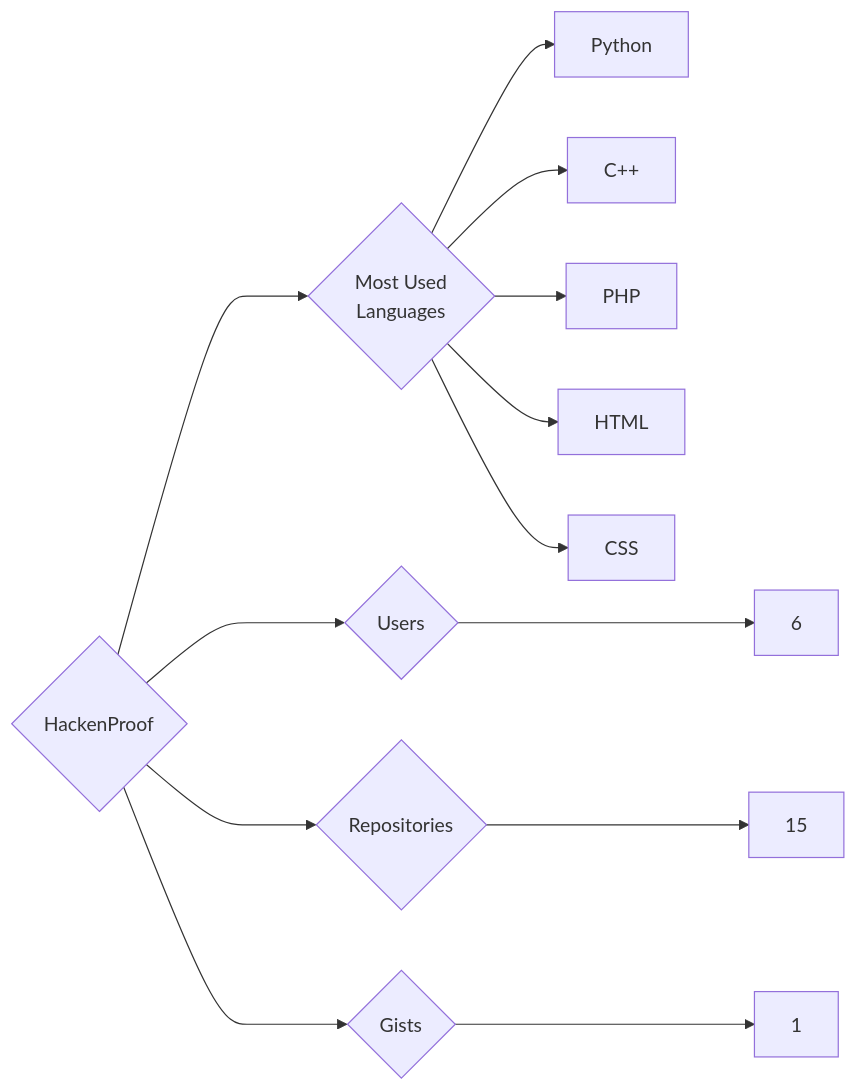
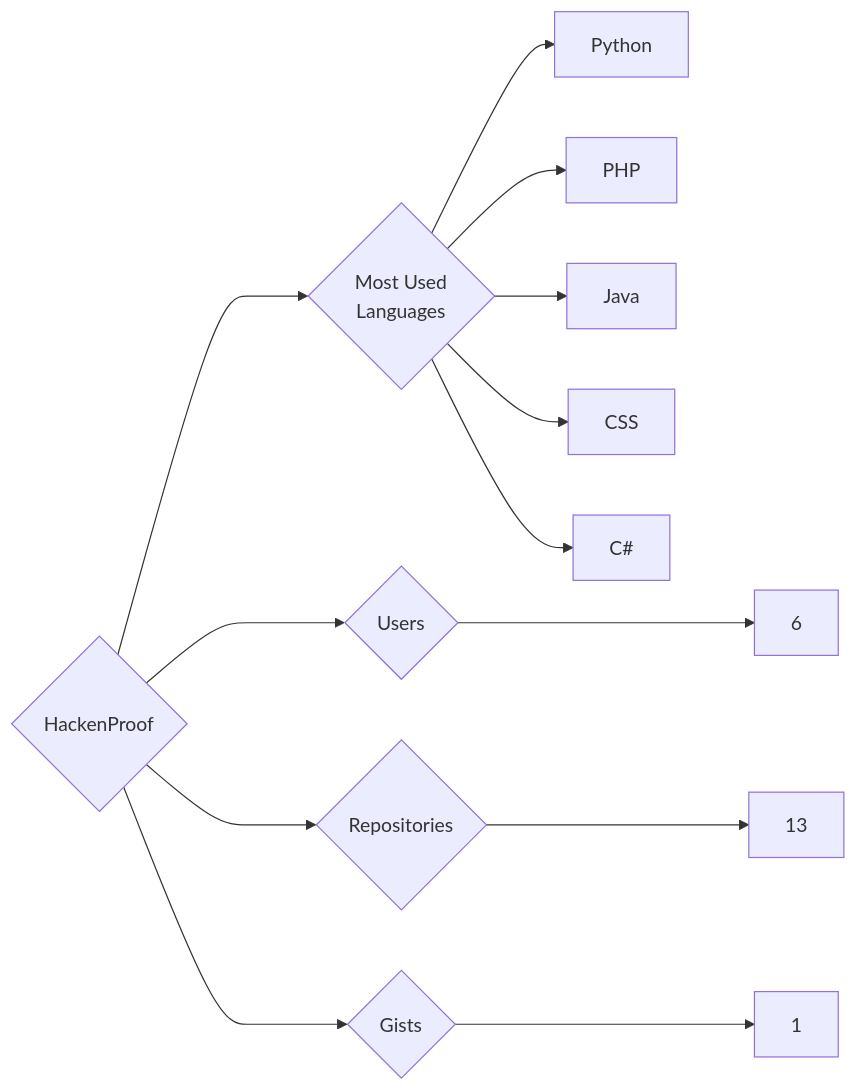
One commit to trickest/insiders changed the diagram in targets/HackenProof/README.md. Above: the diagram before and after it, drawn with Mermaid. The commit also changed 1167 other files, not shown here.

````diff
--- a/targets/HackenProof/README.md
+++ b/targets/HackenProof/README.md
@@ -3,13 +3,13 @@
 ```mermaid
 graph LR
 COMPANY_NAME{HackenProof}
 COMPANY_NAME ---> U{Users} ---> UN[6]
-COMPANY_NAME ---> R{Repositories} ---> RN[15]
+COMPANY_NAME ---> R{Repositories} ---> RN[13]
 COMPANY_NAME ---> G{Gists} ---> GN[1]
 COMPANY_NAME ---> ML{Most Used<br>Languages}
 ML --> Python[Python]
-ML --> C++[C++]
 ML --> PHP[PHP]
-ML --> HTML[HTML]
+ML --> Java[Java]
 ML --> CSS[CSS]
+ML --> C#[C#]
 ```
````
